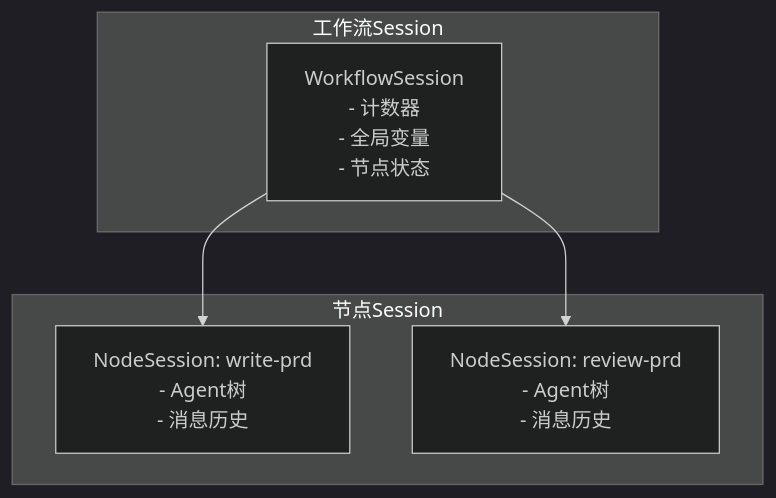
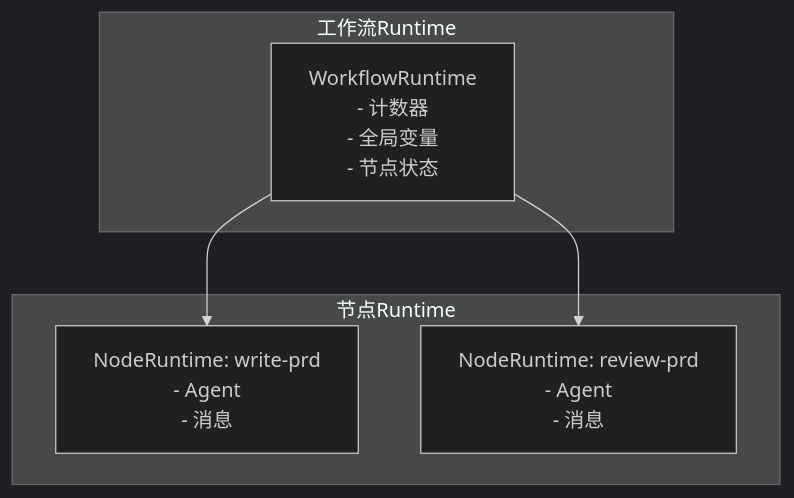
Before and after one commit to MiyakoMeow/neoco: the second of 3 diagrams in progress/TECH-WORKFLOW.md, drawn with Mermaid (dark theme). The commit also changed other lines of this file and 11 other files, not shown here.

````diff
--- a/progress/TECH-WORKFLOW.md
+++ b/progress/TECH-WORKFLOW.md
@@ -48,21 +44,14 @@
 ```mermaid
 graph TB
-    subgraph "工作流Session"
-        WS[WorkflowSession
-            - 计数器
-            - 全局变量
-            - 节点状态]
+    subgraph "工作流Runtime"
+        WR[WorkflowRuntime<br/>- 计数器<br/>- 全局变量<br/>- 节点状态]
     end
     
-    subgraph "节点Session"
-        NS1[NodeSession: write-prd
-            - Agent树
-            - 消息历史]
-        NS2[NodeSession: review-prd
-            - Agent树
-            - 消息历史]
+    subgraph "节点Runtime"
+        NR1[NodeRuntime: write-prd<br/>- Agent<br/>- 消息]
+        NR2[NodeRuntime: review-prd<br/>- Agent<br/>- 消息]
     end
     
-    WS --> NS1
-    WS --> NS2
+    WR --> NR1
+    WR --> NR2
 ```
````
